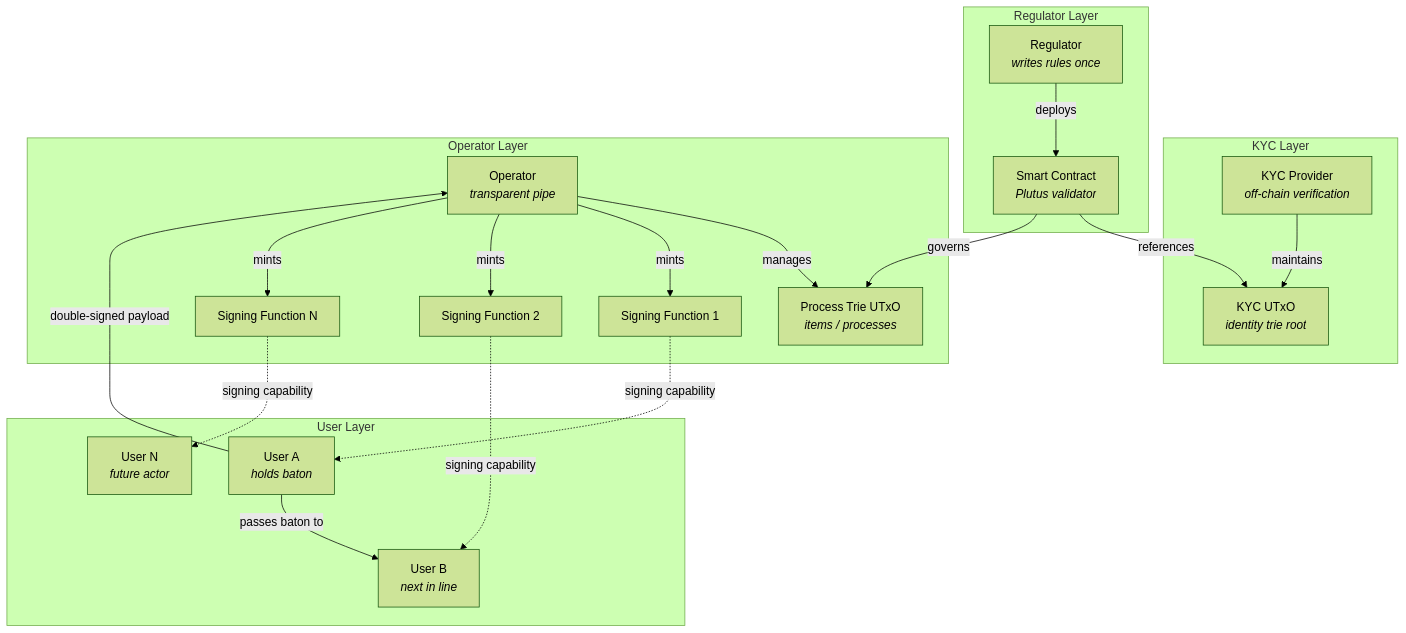
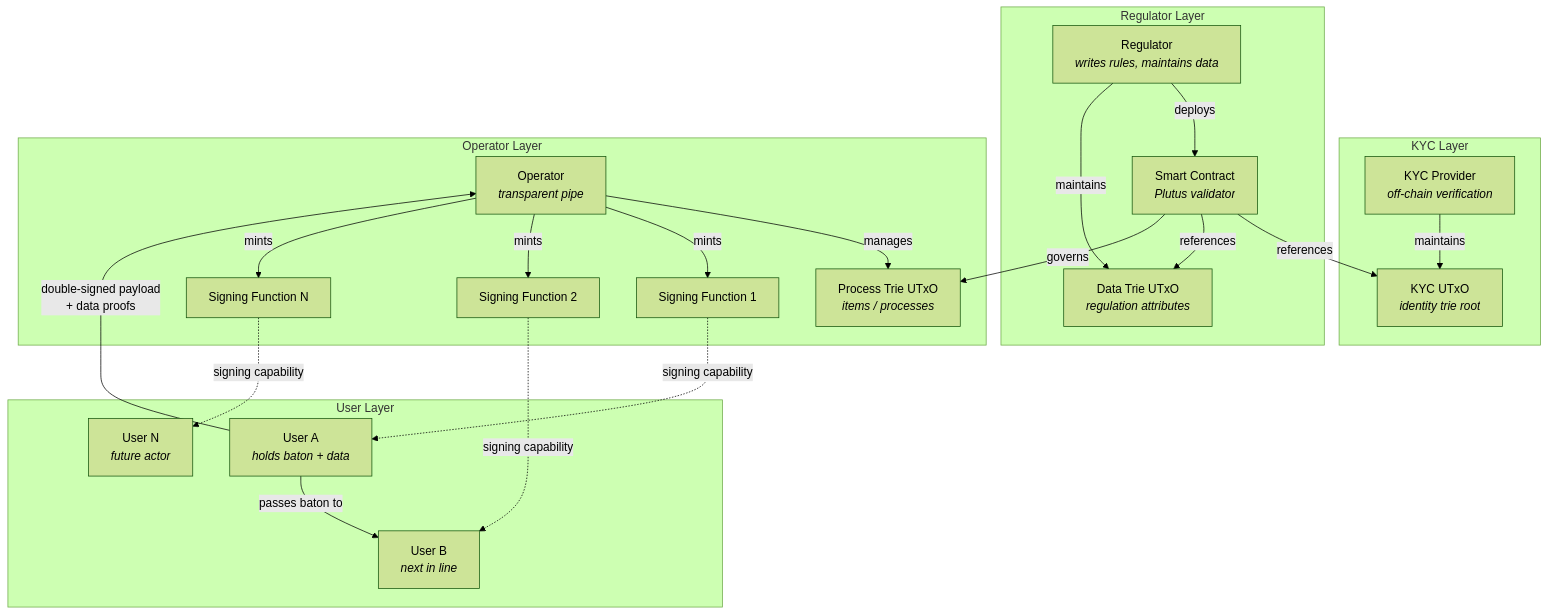
One commit to lambdasistemi/cardano-for-regulators changed diagram 19 of 19 in docs/framework/schema.md. Above: the diagram before and after it, drawn with Mermaid (forest theme). The commit also changed other lines of this file, not shown here.

First line of the commit message:
docs: refine KYC role, user sovereignty, and data disclosure model

````diff
--- a/docs/framework/schema.md
+++ b/docs/framework/schema.md
@@ -577,41 +735,44 @@
 ```mermaid
 graph TB
     subgraph KYC Layer
         KYC_P[KYC Provider<br/><i>off-chain verification</i>]
         KYC_UTxO[KYC UTxO<br/><i>identity trie root</i>]
         KYC_P -->|maintains| KYC_UTxO
     end
 
     subgraph Regulator Layer
-        REG[Regulator<br/><i>writes rules once</i>]
+        REG[Regulator<br/><i>writes rules, maintains data</i>]
         SC[Smart Contract<br/><i>Plutus validator</i>]
+        DT[Data Trie UTxO<br/><i>regulation attributes</i>]
         REG -->|deploys| SC
+        REG -->|maintains| DT
         SC -->|references| KYC_UTxO
+        SC -->|references| DT
     end
 
     subgraph Operator Layer
         OP[Operator<br/><i>transparent pipe</i>]
         TRIE[Process Trie UTxO<br/><i>items / processes</i>]
         SF1[Signing Function 1]
         SF2[Signing Function 2]
         SF3[Signing Function N]
         OP -->|manages| TRIE
         OP -->|mints| SF1
         OP -->|mints| SF2
         OP -->|mints| SF3
         SC -->|governs| TRIE
     end
 
     subgraph User Layer
-        U1[User A<br/><i>holds baton</i>]
+        U1[User A<br/><i>holds baton + data</i>]
         U2[User B<br/><i>next in line</i>]
         U3[User N<br/><i>future actor</i>]
     end
 
     SF1 -.->|signing capability| U1
     SF2 -.->|signing capability| U2
     SF3 -.->|signing capability| U3
 
-    U1 -->|double-signed payload| OP
+    U1 -->|double-signed payload<br/>+ data proofs| OP
     U1 -->|passes baton to| U2
 ```
````
